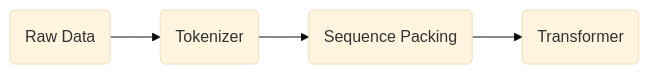
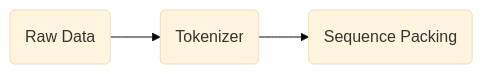
Diagram 17 of 18 in index.md (ChrisZhu2050/chriszhu2050.github.io), drawn with Mermaid (base theme) before and after one commit. The commit also changed other lines of this file, not shown here.

````diff
--- a/index.md
+++ b/index.md
@@ -477,4 +477,4 @@
       ```mermaid
               graph LR
-                  A("`Raw Data`") --> B("`Tokenizer`")--> D("`Sequence Packing`") --> C("`Transformer`") 
+                  A("`Raw Data`") --> B("`Tokenizer`")--> D("`Sequence Packing`")  
       ```  
````
